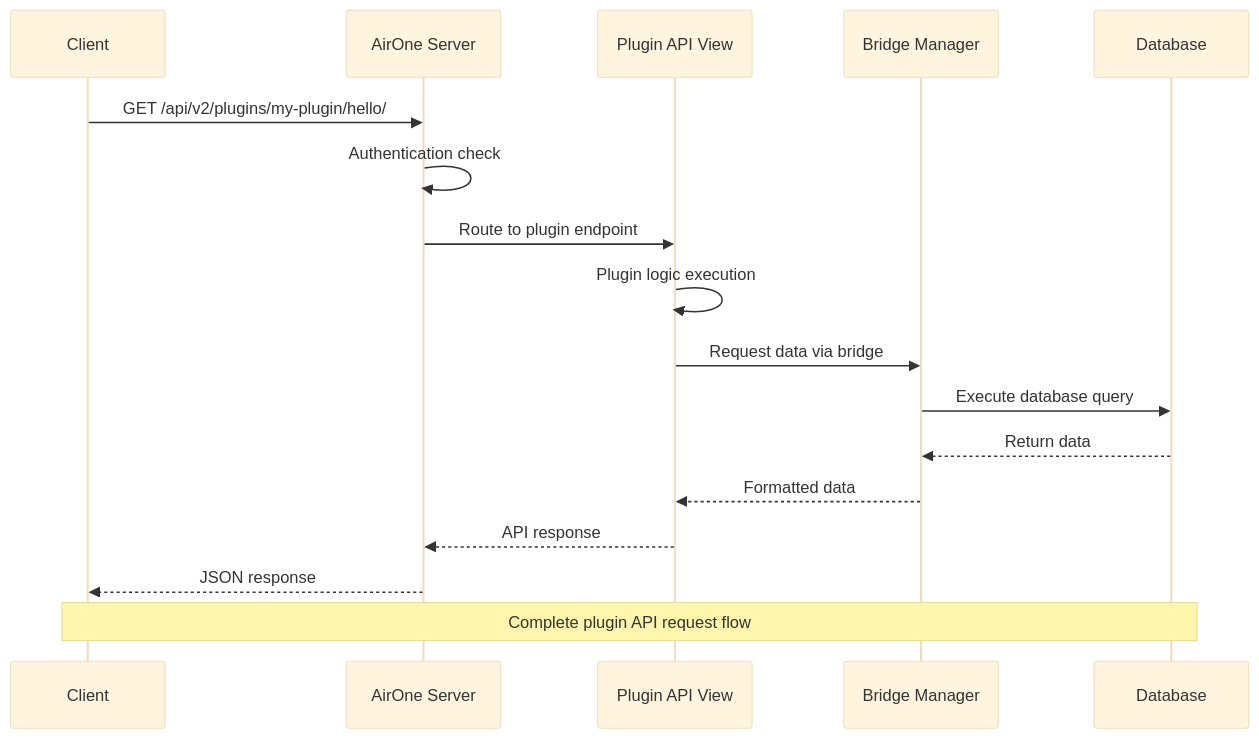
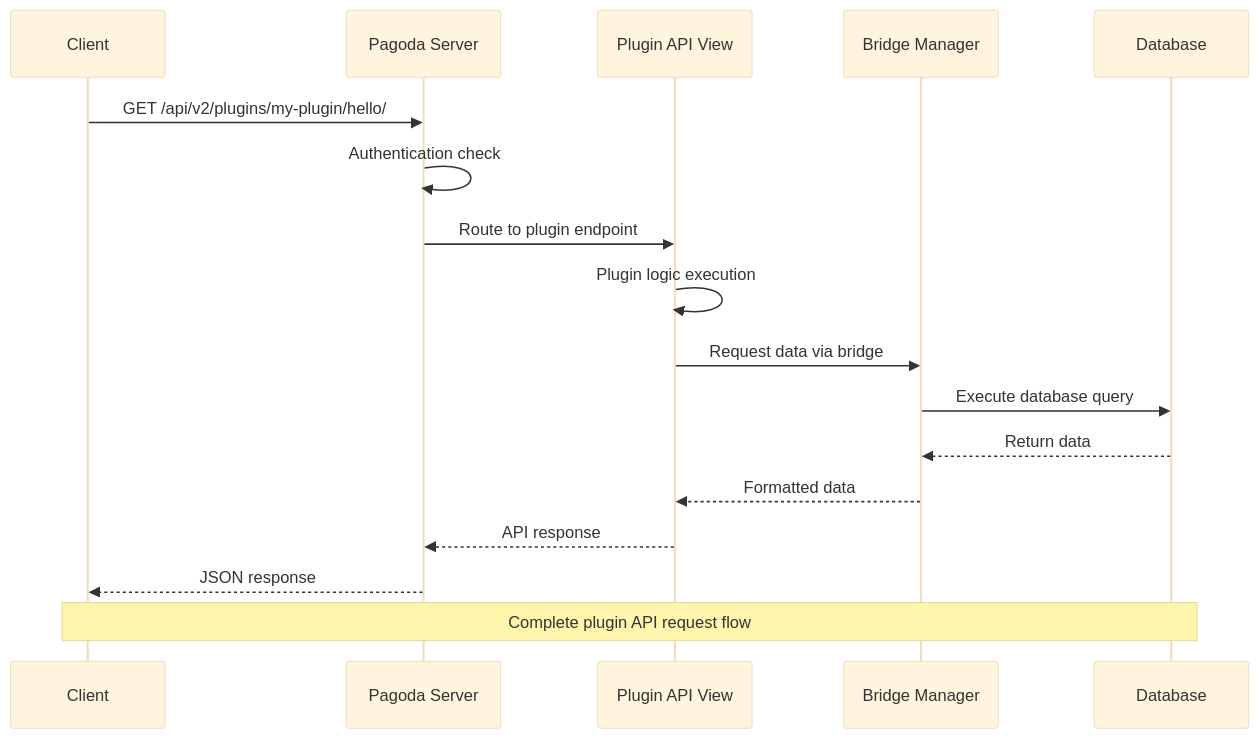
The seventh of 11 diagrams in docs/content/advanced/plugin_architecture_diagrams.md (dmm-com/pagoda), drawn with Mermaid (base theme) before and after one commit. The commit also changed other lines of this file and 5 other files, not shown here.

First line of the commit message:
Refactor plugin system documentation and examples to align with Pagoda branding

````diff
--- a/docs/content/advanced/plugin_architecture_diagrams.md
+++ b/docs/content/advanced/plugin_architecture_diagrams.md
@@ -291,21 +291,21 @@
 ```mermaid
 sequenceDiagram
     participant C as Client
-    participant AirOne as AirOne Server
+    participant Pagoda as Pagoda Server
     participant PluginAPI as Plugin API View
     participant Bridge as Bridge Manager
     participant DB as Database
 
-    C->>AirOne: GET /api/v2/plugins/my-plugin/hello/
-    AirOne->>AirOne: Authentication check
-    AirOne->>PluginAPI: Route to plugin endpoint
+    C->>Pagoda: GET /api/v2/plugins/my-plugin/hello/
+    Pagoda->>Pagoda: Authentication check
+    Pagoda->>PluginAPI: Route to plugin endpoint
     PluginAPI->>PluginAPI: Plugin logic execution
     PluginAPI->>Bridge: Request data via bridge
     Bridge->>DB: Execute database query
     DB-->>Bridge: Return data
     Bridge-->>PluginAPI: Formatted data
-    PluginAPI-->>AirOne: API response
-    AirOne-->>C: JSON response
+    PluginAPI-->>Pagoda: API response
+    Pagoda-->>C: JSON response
 
     Note over C,DB: Complete plugin API request flow
 ```
````
